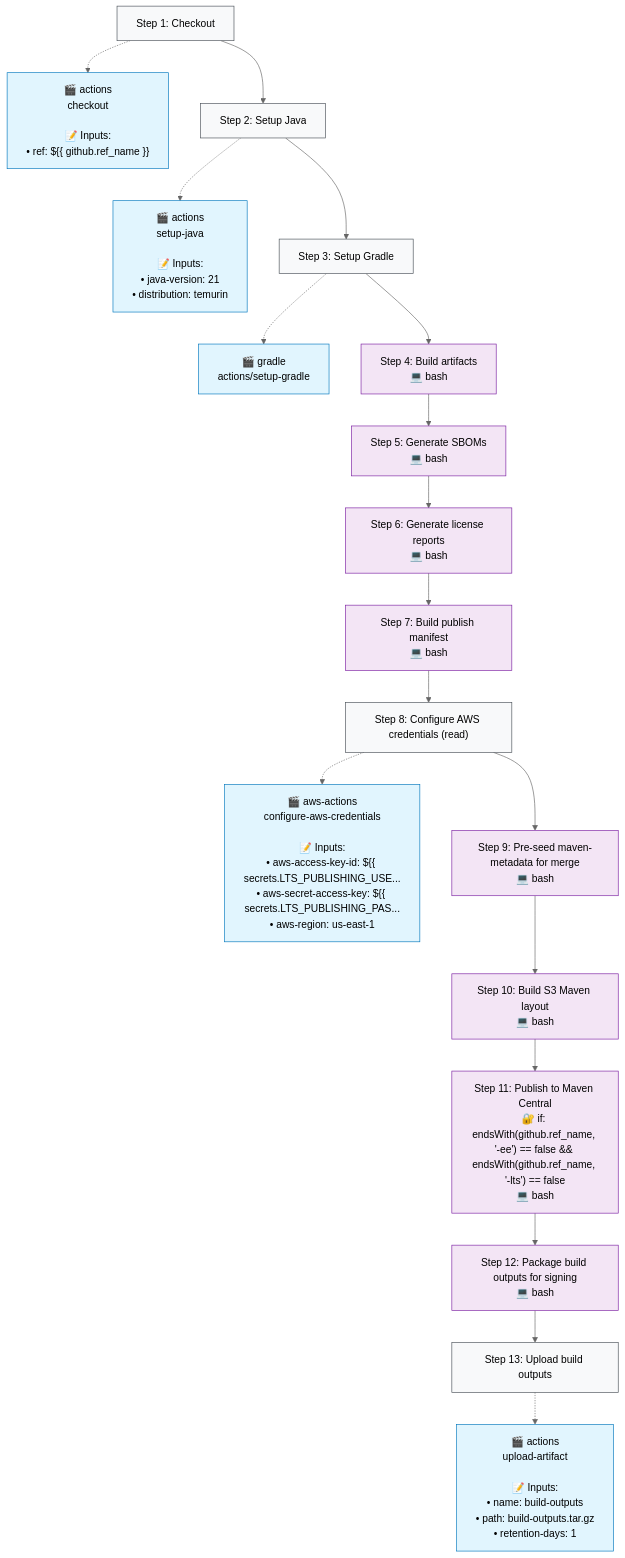
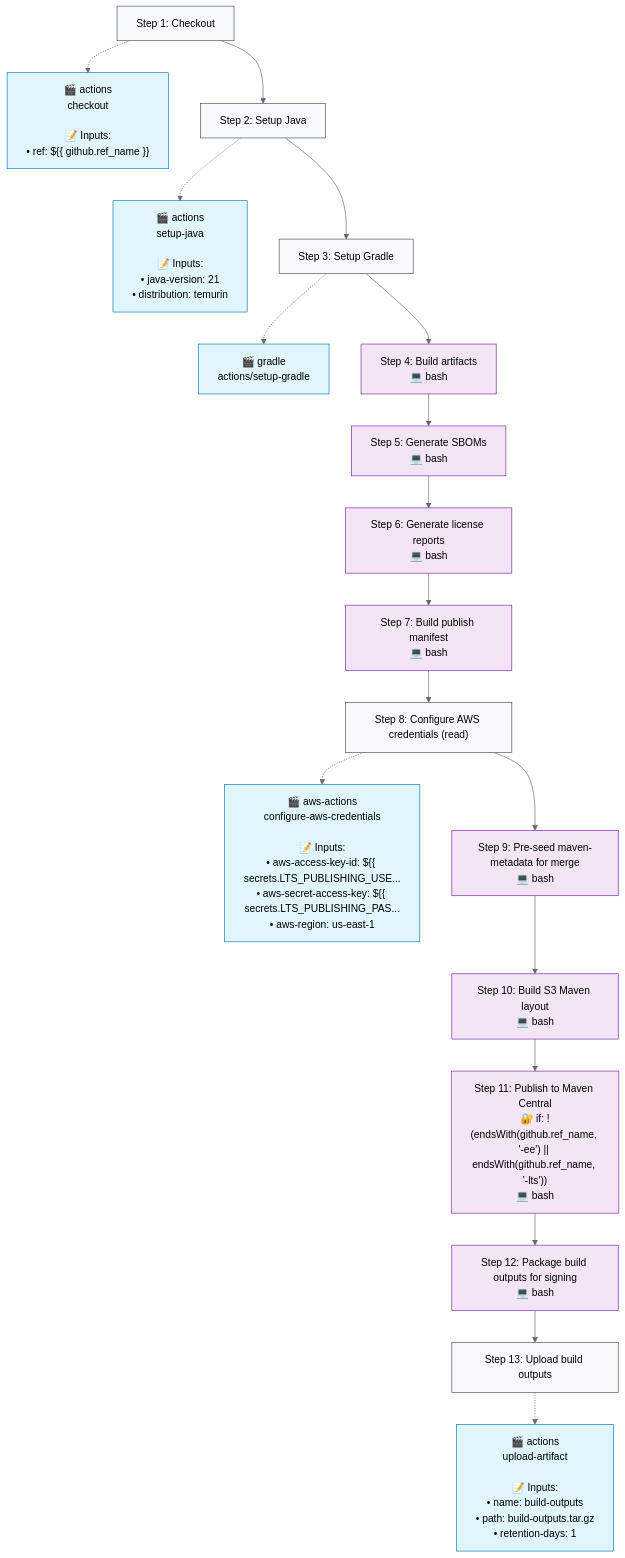
One commit to http4k/http4k changed the second of 4 diagrams in .github/typeflows/publish-artifacts/README.md. Above: the diagram before and after it, drawn with Mermaid (neutral theme). The commit also changed other lines of this file and 14 other files, not shown here.

````diff
--- a/.github/typeflows/publish-artifacts/README.md
+++ b/.github/typeflows/publish-artifacts/README.md
@@ -24,57 +26,57 @@
 ```mermaid
 %%{init: {"flowchart": {"curve": "basis"}}}%%
 flowchart TD
     step1["Step 1: Checkout"]
     style step1 fill:#f8f9fa,stroke:#495057
     action1["🎬 actions<br/>checkout<br/><br/>📝 Inputs:<br/>• ref: ${{ github.ref_name }}"]
     style action1 fill:#e1f5fe,stroke:#0277bd
     step1 -.-> action1
     step2["Step 2: Setup Java"]
     style step2 fill:#f8f9fa,stroke:#495057
     action2["🎬 actions<br/>setup-java<br/><br/>📝 Inputs:<br/>• java-version: 21<br/>• distribution: temurin"]
     style action2 fill:#e1f5fe,stroke:#0277bd
     step2 -.-> action2
     step1 --> step2
     step3["Step 3: Setup Gradle"]
     style step3 fill:#f8f9fa,stroke:#495057
     action3["🎬 gradle<br/>actions/setup-gradle"]
     style action3 fill:#e1f5fe,stroke:#0277bd
     step3 -.-> action3
     step2 --> step3
     step4["Step 4: Build artifacts<br/>💻 bash"]
     style step4 fill:#f3e5f5,stroke:#7b1fa2
     step3 --> step4
     step5["Step 5: Generate SBOMs<br/>💻 bash"]
     style step5 fill:#f3e5f5,stroke:#7b1fa2
     step4 --> step5
     step6["Step 6: Generate license reports<br/>💻 bash"]
     style step6 fill:#f3e5f5,stroke:#7b1fa2
     step5 --> step6
     step7["Step 7: Build publish manifest<br/>💻 bash"]
     style step7 fill:#f3e5f5,stroke:#7b1fa2
     step6 --> step7
     step8["Step 8: Configure AWS credentials (read)"]
     style step8 fill:#f8f9fa,stroke:#495057
     action8["🎬 aws-actions<br/>configure-aws-credentials<br/><br/>📝 Inputs:<br/>• aws-access-key-id: ${{ secrets.LTS_PUBLISHING_USE...<br/>• aws-secret-access-key: ${{ secrets.LTS_PUBLISHING_PAS...<br/>• aws-region: us-east-1"]
     style action8 fill:#e1f5fe,stroke:#0277bd
     step8 -.-> action8
     step7 --> step8
     step9["Step 9: Pre-seed maven-metadata for merge<br/>💻 bash"]
     style step9 fill:#f3e5f5,stroke:#7b1fa2
     step8 --> step9
     step10["Step 10: Build S3 Maven layout<br/>💻 bash"]
     style step10 fill:#f3e5f5,stroke:#7b1fa2
     step9 --> step10
-    step11["Step 11: Publish to Maven Central<br/>🔐 if: endsWith(github.ref_name, '-ee') == false && endsWith(github.ref_name, '-lts') == false<br/>💻 bash"]
+    step11["Step 11: Publish to Maven Central<br/>🔐 if: !(endsWith(github.ref_name, '-ee') || endsWith(github.ref_name, '-lts'))<br/>💻 bash"]
     style step11 fill:#f3e5f5,stroke:#7b1fa2
     step10 --> step11
     step12["Step 12: Package build outputs for signing<br/>💻 bash"]
     style step12 fill:#f3e5f5,stroke:#7b1fa2
     step11 --> step12
     step13["Step 13: Upload build outputs"]
     style step13 fill:#f8f9fa,stroke:#495057
     action13["🎬 actions<br/>upload-artifact<br/><br/>📝 Inputs:<br/>• name: build-outputs<br/>• path: build-outputs.tar.gz<br/>• retention-days: 1"]
     style action13 fill:#e1f5fe,stroke:#0277bd
     step13 -.-> action13
     step12 --> step13
 ```
````
